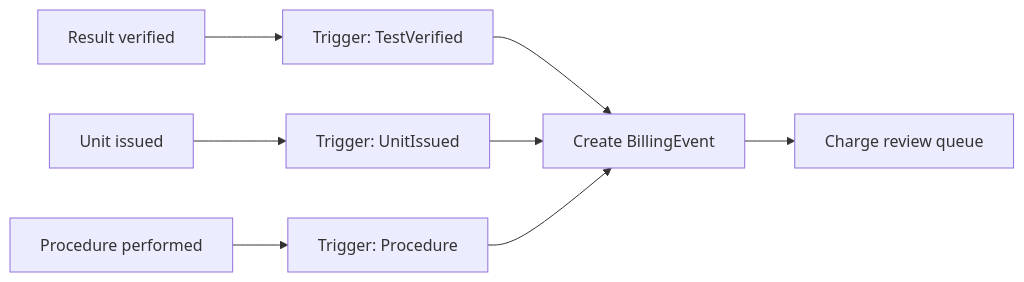
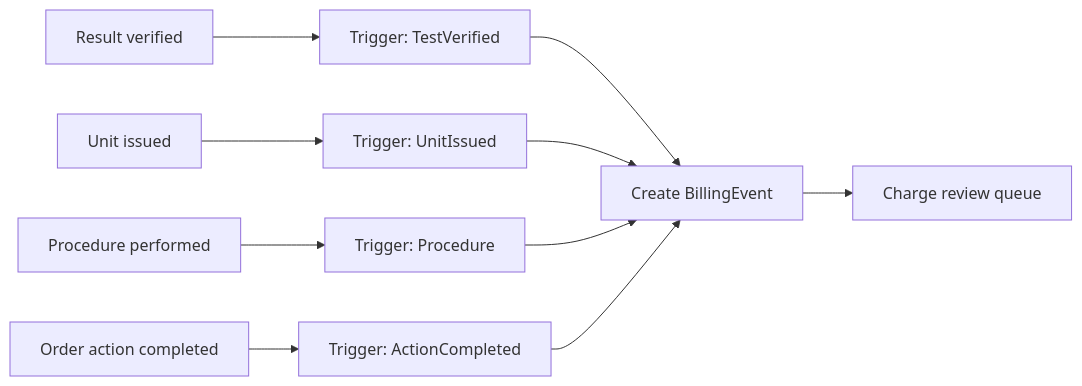
Before and after one commit to drpitts13/greyhound-blood-bank-system: the diagram in docs/printing-billing.md, drawn with Mermaid. The commit also changed other lines of this file and 57 other files, not shown here.

Commit message:
Add order modification actions and action billing.

````diff
--- a/docs/printing-billing.md
+++ b/docs/printing-billing.md
@@ -55,10 +56,12 @@
 ```mermaid
 flowchart LR
     v[Result verified] --> t1[Trigger: TestVerified]
     i[Unit issued] --> t2[Trigger: UnitIssued]
     p[Procedure performed] --> t3[Trigger: Procedure]
+    a[Order action completed] --> t4[Trigger: ActionCompleted]
     t1 --> be[Create BillingEvent]
     t2 --> be
     t3 --> be
+    t4 --> be
     be --> q[Charge review queue]
 ```
````
